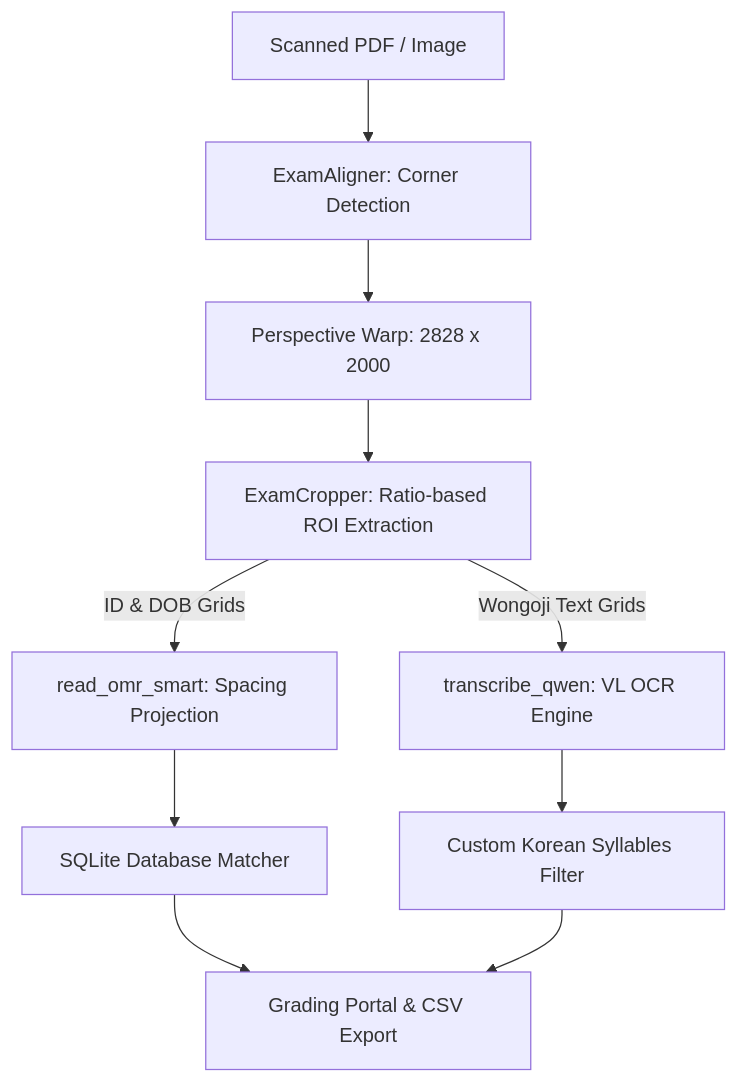
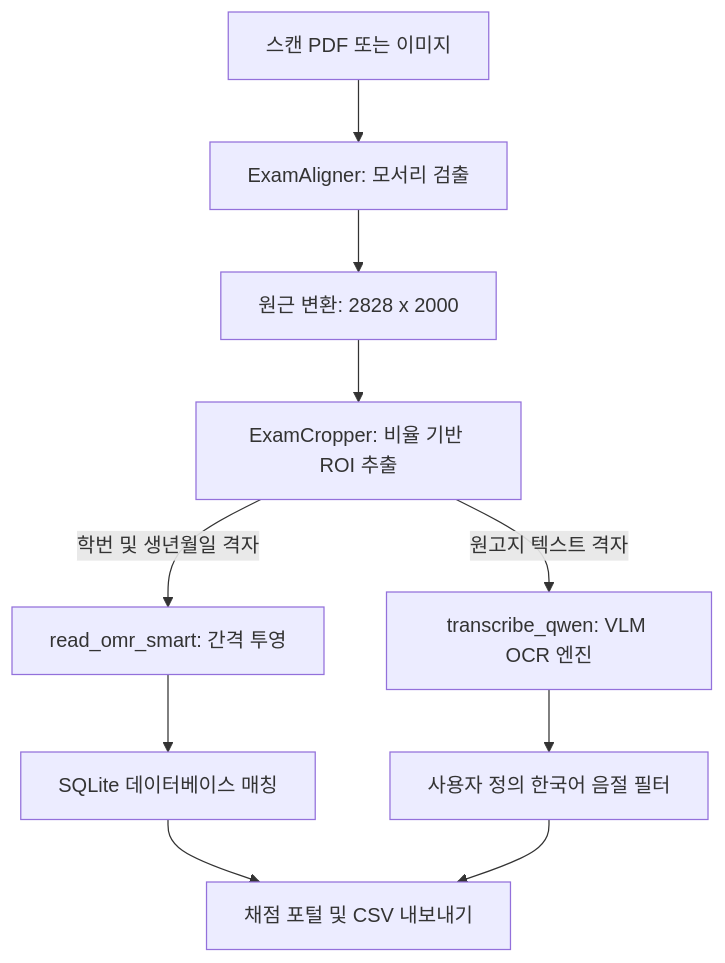
One commit to AlexL71/dadaboev-portfolio changed the diagram in src/pages/ko/research-and-projects/omr-htr-digitization.md. Above: the diagram before and after it, drawn with Mermaid. The commit also changed other lines of this file and 27 other files, not shown here.

````diff
--- a/src/pages/ko/research-and-projects/omr-htr-digitization.md
+++ b/src/pages/ko/research-and-projects/omr-htr-digitization.md
@@ -20,11 +20,11 @@
 ```mermaid
 graph TD
-    A[Scanned PDF / Image] --> B[ExamAligner: Corner Detection]
-    B --> C[Perspective Warp: 2828 x 2000]
-    C --> D[ExamCropper: Ratio-based ROI Extraction]
-    D -->|ID & DOB Grids| E[read_omr_smart: Spacing Projection]
-    D -->|Wongoji Text Grids| F[transcribe_qwen: VL OCR Engine]
-    E --> G[SQLite Database Matcher]
-    F --> H[Custom Korean Syllables Filter]
-    G & H --> I[Grading Portal & CSV Export]
+    A[스캔 PDF 또는 이미지] --> B[ExamAligner: 모서리 검출]
+    B --> C[원근 변환: 2828 x 2000]
+    C --> D[ExamCropper: 비율 기반 ROI 추출]
+    D -->|학번 및 생년월일 격자| E[read_omr_smart: 간격 투영]
+    D -->|원고지 텍스트 격자| F[transcribe_qwen: VLM OCR 엔진]
+    E --> G[SQLite 데이터베이스 매칭]
+    F --> H[사용자 정의 한국어 음절 필터]
+    G & H --> I[채점 포털 및 CSV 내보내기]
 ```
````
